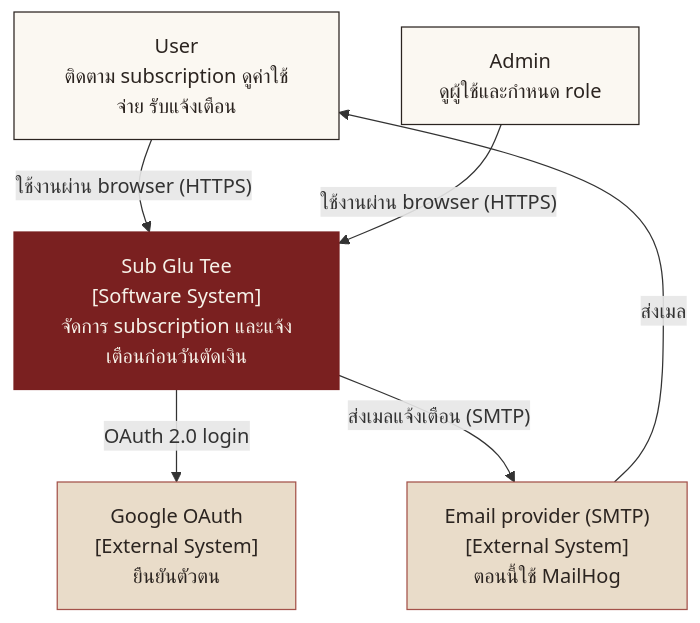
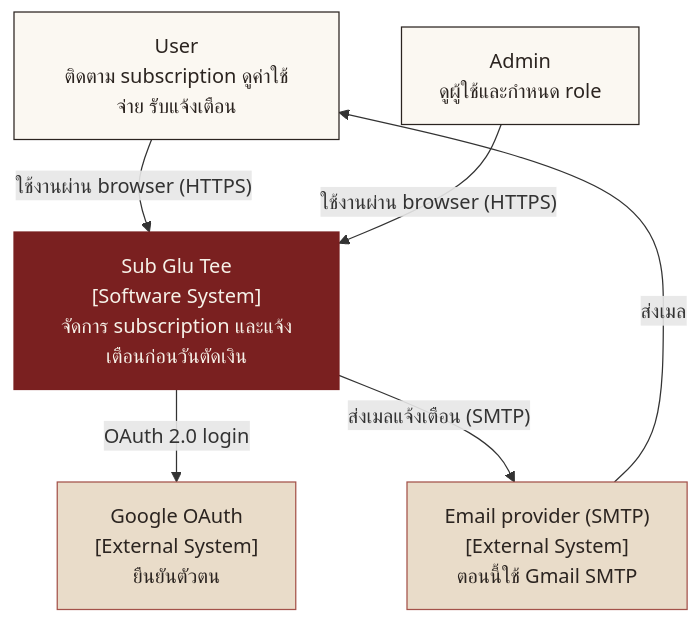
Before and after one commit to polar-bear-cu/sgt-deploy: the second of 7 diagrams in docs/diagrams.md, drawn with Mermaid. The commit also changed other lines of this file and 1 other file, not shown here.

Commit message:
docs: show gmail smtp on prod

````diff
--- a/docs/diagrams.md
+++ b/docs/diagrams.md
@@ -38,21 +38,21 @@
 ```mermaid
 flowchart TB
     user["User<br/>ติดตาม subscription ดูค่าใช้จ่าย รับแจ้งเตือน"]
     admin["Admin<br/>ดูผู้ใช้และกำหนด role"]
     sgt["Sub Glu Tee<br/>[Software System]<br/>จัดการ subscription และแจ้งเตือนก่อนวันตัดเงิน"]
     google["Google OAuth<br/>[External System]<br/>ยืนยันตัวตน"]
-    mail["Email provider (SMTP)<br/>[External System]<br/>ตอนนี้ใช้ MailHog"]
+    mail["Email provider (SMTP)<br/>[External System]<br/>ตอนนี้ใช้ Gmail SMTP"]
 
     user -- "ใช้งานผ่าน browser (HTTPS)" --> sgt
     admin -- "ใช้งานผ่าน browser (HTTPS)" --> sgt
     sgt -- "OAuth 2.0 login" --> google
     sgt -- "ส่งเมลแจ้งเตือน (SMTP)" --> mail
     mail -- "ส่งเมล" --> user
 
     classDef system fill:#7a2020,color:#f6f1e8,stroke:#7a2020
     classDef external fill:#e9dcc9,color:#2b2420,stroke:#a4524a
     classDef person fill:#fbf8f2,color:#2b2420,stroke:#2b2420
     class sgt system
     class google,mail external
     class user,admin person
 ```
````
